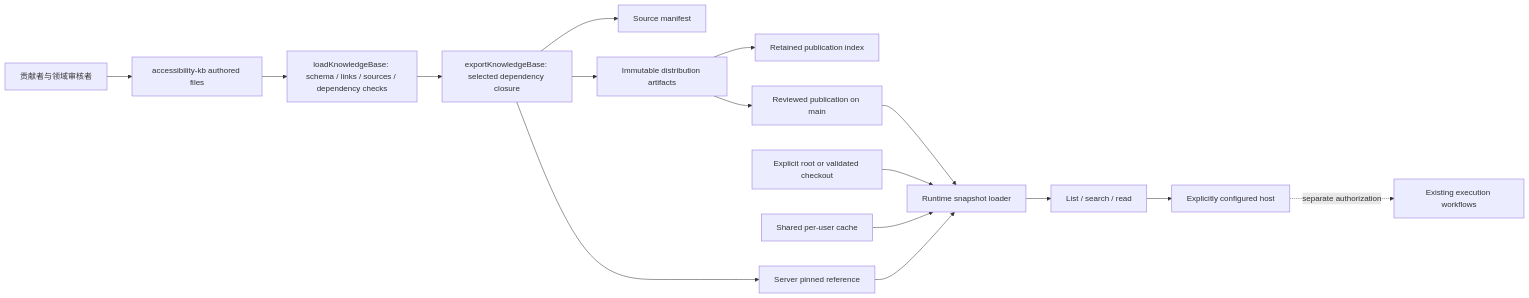
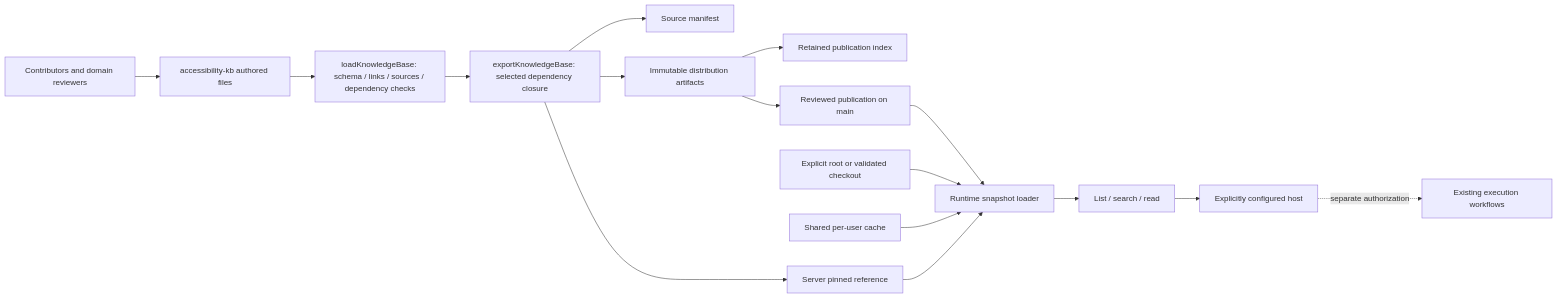
The first of 3 diagrams in knowledge-server/TECH-DESIGN.md (kaixun96/dev.A11yAssist), drawn with Mermaid before and after one commit. The commit also changed other lines of this file and 5 other files, not shown here.

````diff
--- a/knowledge-server/TECH-DESIGN.md
+++ b/knowledge-server/TECH-DESIGN.md
@@ -38,18 +49,18 @@
 ```mermaid
 flowchart LR
-  Expert[贡献者与领域审核者] --> Author[accessibility-kb authored files]
+  Expert[Contributors and domain reviewers] --> Author[accessibility-kb authored files]
   Author --> Validate[loadKnowledgeBase: schema / links / sources / dependency checks]
   Validate --> Export[exportKnowledgeBase: selected dependency closure]
   Export --> Manifest[Source manifest]
   Export --> Artifact[Immutable distribution artifacts]
   Artifact --> Index[Retained publication index]
   Export --> Ref[Server pinned reference]
   Ref --> Loader[Runtime snapshot loader]
   Local[Explicit root or validated checkout] --> Loader
   Cache[Shared per-user cache] --> Loader
   Artifact --> HTTPS[Reviewed publication on main]
   HTTPS --> Loader
   Loader --> MCP[List / search / read]
   MCP --> Host[Explicitly configured host]
   Host -. separate authorization .-> Workflow[Existing execution workflows]
 ```
````
